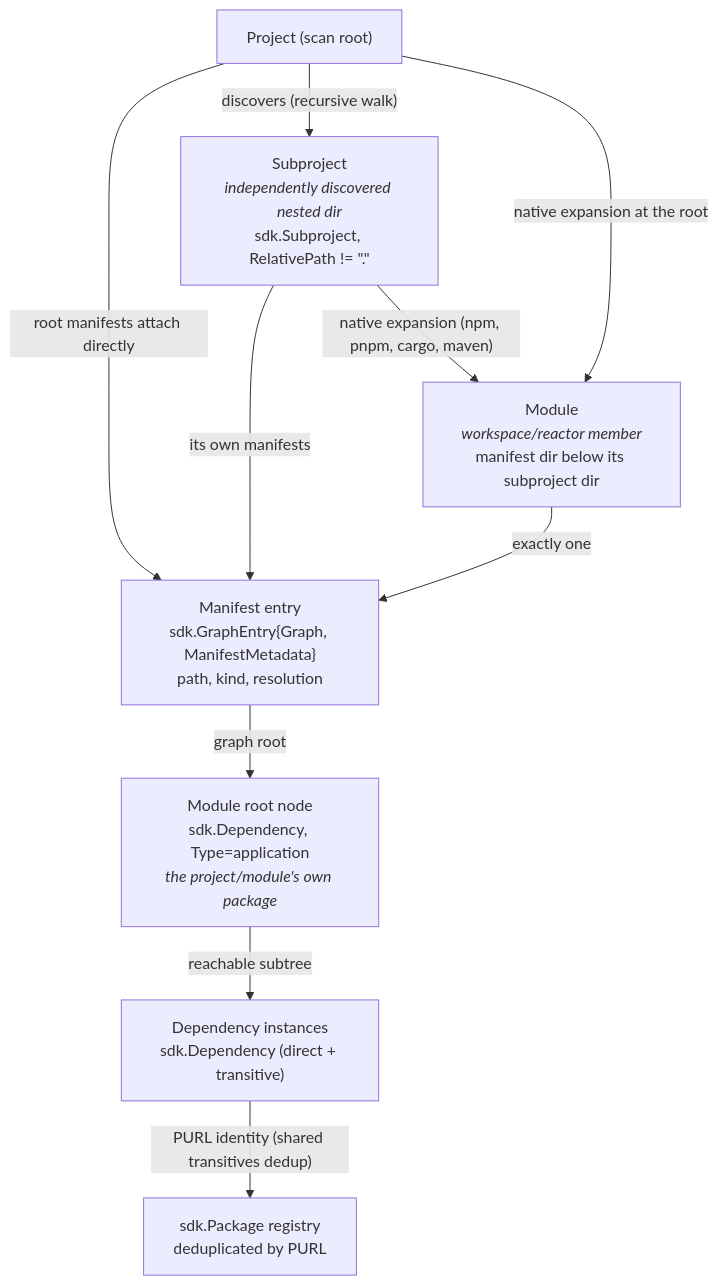
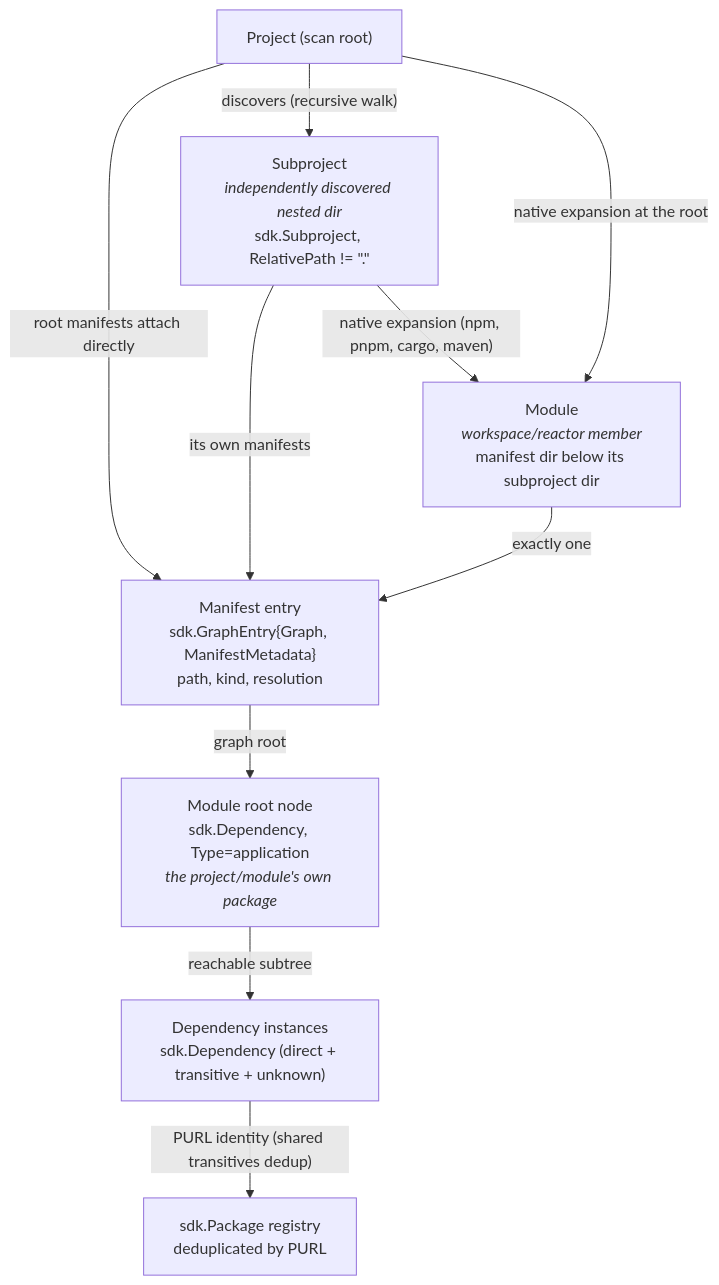
Before and after one commit to bomly-dev/bomly-cli: the second of 2 diagrams in dev-docs/MODELS.md, drawn with Mermaid. The commit also changed other lines of this file and 90 other files, not shown here.

First line of the commit message:
Strengthen Node dependency graph fidelity (#275)

````diff
--- a/dev-docs/MODELS.md
+++ b/dev-docs/MODELS.md
@@ -40,20 +40,20 @@
 ```mermaid
 flowchart TD
     PR["Project (scan root)"]
     SP["Subproject<br/><i>independently discovered nested dir</i><br/>sdk.Subproject, RelativePath != &quot;.&quot;"]
     MOD["Module<br/><i>workspace/reactor member</i><br/>manifest dir below its subproject dir"]
     MAN["Manifest entry<br/>sdk.GraphEntry{Graph, ManifestMetadata}<br/>path, kind, resolution"]
     ROOT["Module root node<br/>sdk.Dependency, Type=application<br/><i>the project/module's own package</i>"]
-    DEP["Dependency instances<br/>sdk.Dependency (direct + transitive)"]
+    DEP["Dependency instances<br/>sdk.Dependency (direct + transitive + unknown)"]
     PKG["sdk.Package registry<br/>deduplicated by PURL"]
 
     PR -->|"discovers (recursive walk)"| SP
     PR -->|"root manifests attach directly"| MAN
     SP -->|"its own manifests"| MAN
     SP -->|"native expansion (npm, pnpm, cargo, maven)"| MOD
     PR -->|"native expansion at the root"| MOD
     MOD -->|"exactly one"| MAN
     MAN -->|"graph root"| ROOT
     ROOT -->|"reachable subtree"| DEP
     DEP -->|"PURL identity (shared transitives dedup)"| PKG
 ```
````
